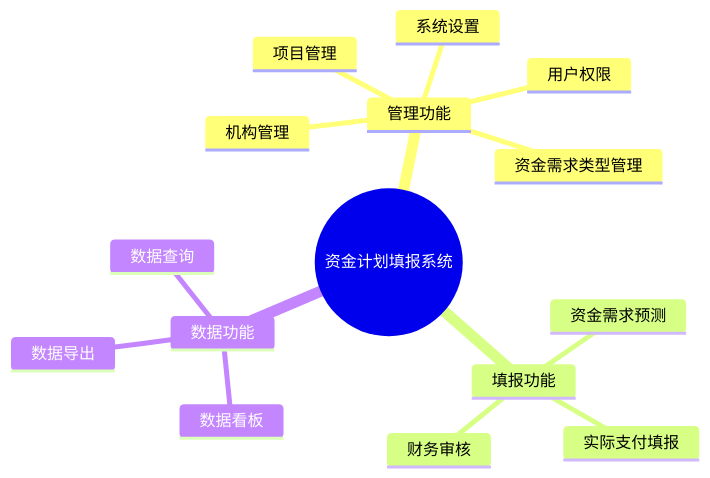
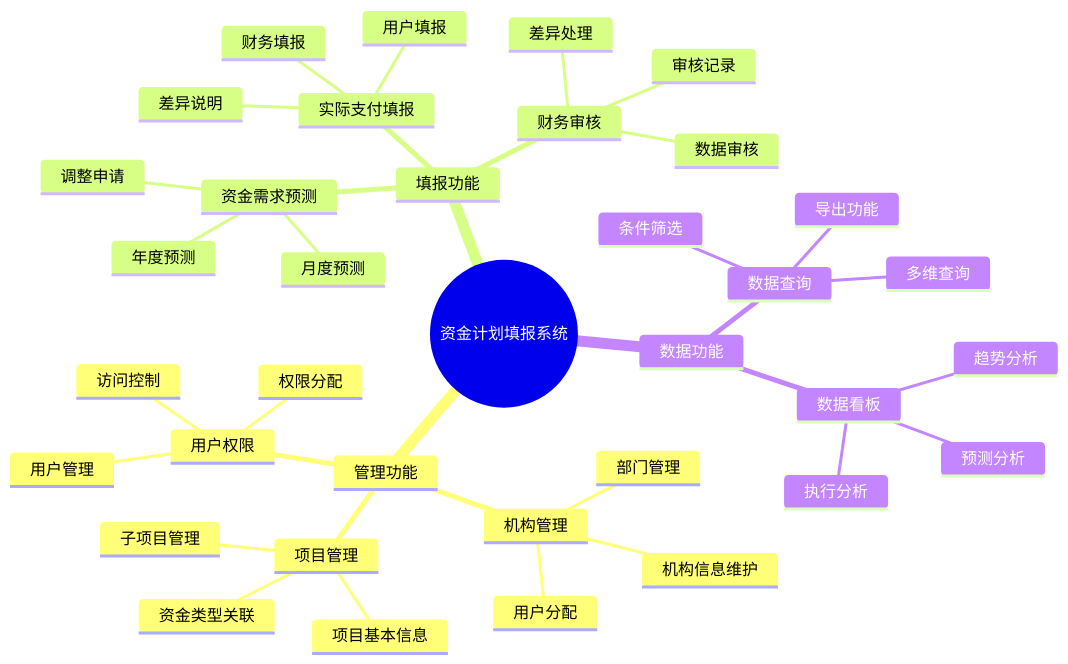
The first of 3 diagrams in Dev/FEATURES.md (xiaochuan886/zijitianbao), drawn with Mermaid before and after one commit. The commit also changed other lines of this file and 139 other files, not shown here.

````diff
--- a/Dev/FEATURES.md
+++ b/Dev/FEATURES.md
@@ -6,18 +6,39 @@
 ```mermaid
 mindmap
   root((资金计划填报系统))
     管理功能
       机构管理
+        机构信息维护
+        部门管理
+        用户分配
       项目管理
-      资金需求类型管理
+        项目基本信息
+        子项目管理
+        资金类型关联
       用户权限
-      系统设置
+        用户管理
+        权限分配
+        访问控制
     填报功能
       资金需求预测
+        月度预测
+        年度预测
+        调整申请
       实际支付填报
+        用户填报
+        财务填报
+        差异说明
       财务审核
+        数据审核
+        差异处理
+        审核记录
     数据功能
       数据查询
+        多维查询
+        条件筛选
+        导出功能
       数据看板
-      数据导出
+        预测分析
+        执行分析
+        趋势分析
 ```
````
